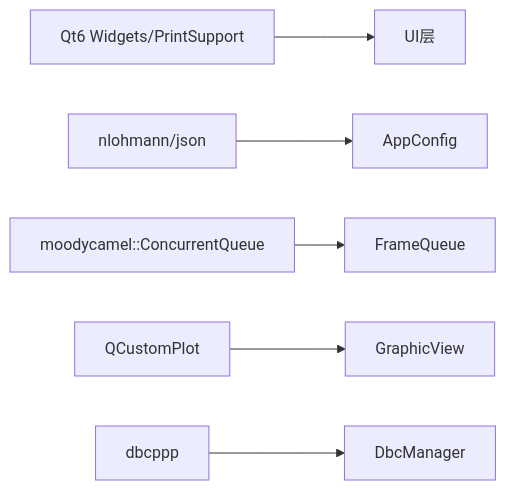
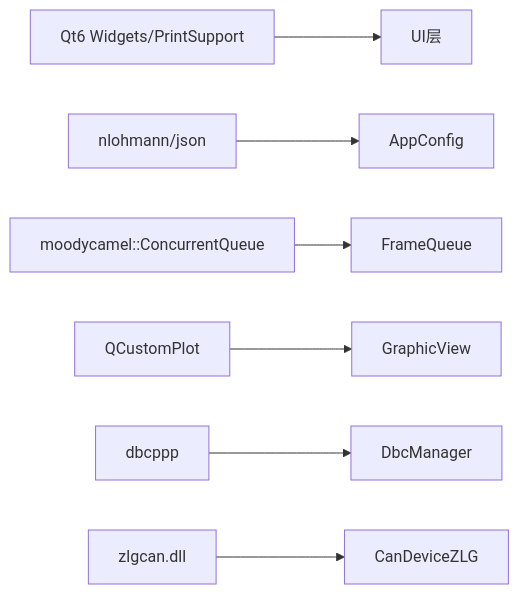
One commit to jakecai1225-design/OpenBus changed the ninth of 9 diagrams in .qoder/repowiki/zh/content/核心模块详解/CAN设备管理系统.md. Above: the diagram before and after it, drawn with Mermaid. The commit also changed other lines of this file and 5 other files, not shown here.

````diff
--- a/.qoder/repowiki/zh/content/核心模块详解/CAN设备管理系统.md
+++ b/.qoder/repowiki/zh/content/核心模块详解/CAN设备管理系统.md
@@ -357,8 +441,9 @@
 ```mermaid
 graph LR
 Qt["Qt6 Widgets/PrintSupport"] --> UI["UI层"]
 JSON["nlohmann/json"] --> CFG["AppConfig"]
 MQ["moodycamel::ConcurrentQueue"] --> Q["FrameQueue"]
 QCP["QCustomPlot"] --> GV["GraphicView"]
 DBCPP["dbcppp"] --> DM["DbcManager"]
+ZLG["zlgcan.dll"] --> ZLGDRV["CanDeviceZLG"]
 ```
````
